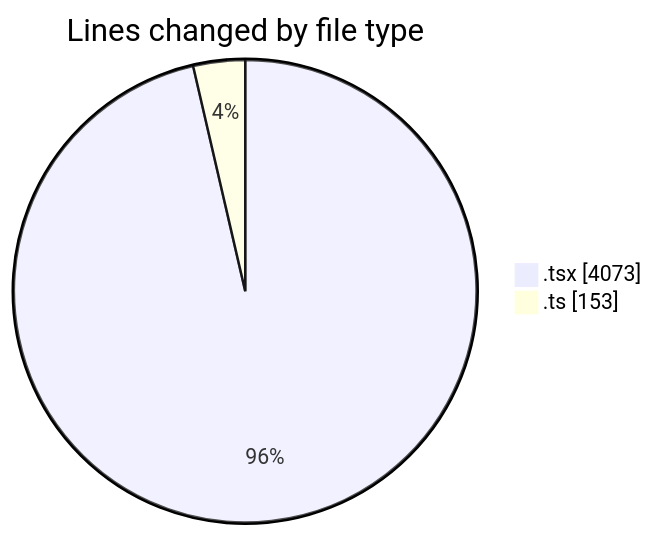
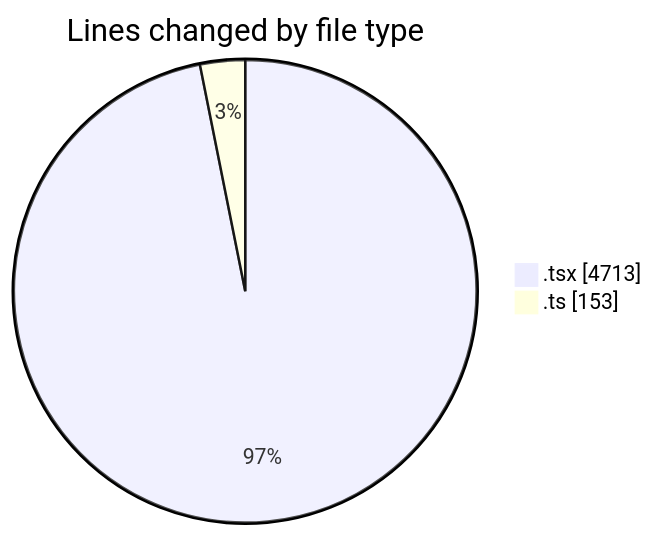
One commit to nxtqubesakshisongat/code-tracking changed the first of 2 diagrams in 2026-03-27/nxtqube_webapp/README.md. Above: the diagram before and after it, drawn with Mermaid. The commit also changed other lines of this file and 1 other file, not shown here.

````diff
--- a/2026-03-27/nxtqube_webapp/README.md
+++ b/2026-03-27/nxtqube_webapp/README.md
@@ -25,6 +25,6 @@
 ```mermaid
 pie showData
 title Lines changed by file type
-".tsx" : 4073
+".tsx" : 4713
 ".ts" : 153
 ```
````
